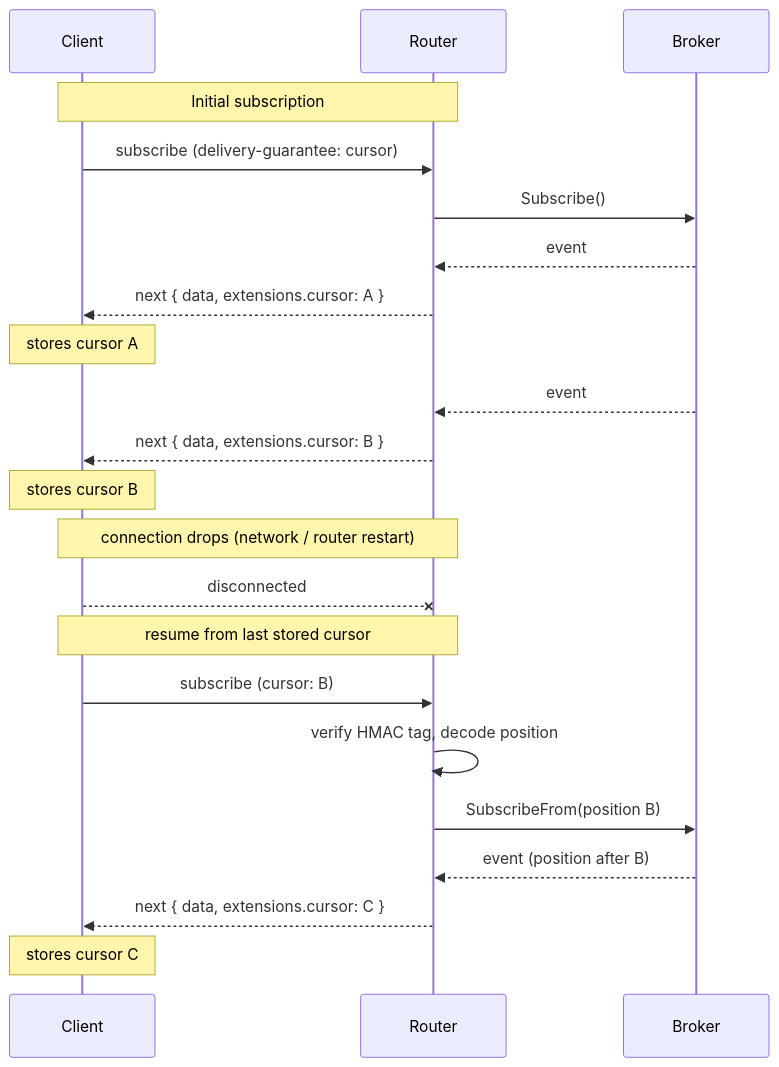
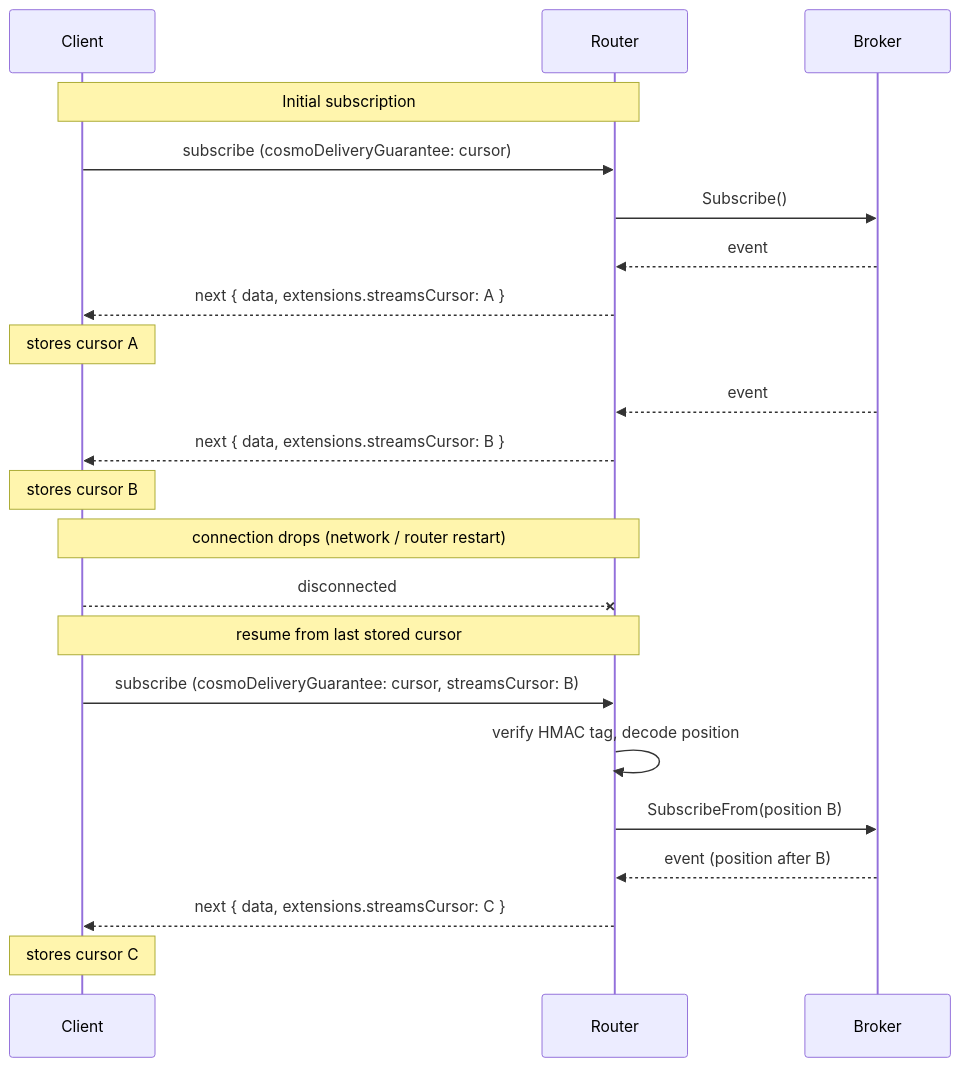
The diagram in rfc/at-least-once-v1.md (wundergraph/cosmo), drawn with Mermaid before and after one commit. The commit also changed other lines of this file and 3 other files, not shown here.

````diff
--- a/rfc/at-least-once-v1.md
+++ b/rfc/at-least-once-v1.md
@@ -46,27 +46,27 @@
 ```mermaid
 sequenceDiagram
     participant Client
     participant Router
     participant Broker
 
     Note over Client,Router: Initial subscription
-    Client->>Router: subscribe (delivery-guarantee: cursor)
+    Client->>Router: subscribe (cosmoDeliveryGuarantee: cursor)
     Router->>Broker: Subscribe()
     Broker-->>Router: event
-    Router-->>Client: next { data, extensions.cursor: A }
+    Router-->>Client: next { data, extensions.streamsCursor: A }
     Note over Client: stores cursor A
     Broker-->>Router: event
-    Router-->>Client: next { data, extensions.cursor: B }
+    Router-->>Client: next { data, extensions.streamsCursor: B }
     Note over Client: stores cursor B
 
     Note over Client,Router: connection drops (network / router restart)
     Client--xRouter: disconnected
 
     Note over Client,Router: resume from last stored cursor
-    Client->>Router: subscribe (cursor: B)
+    Client->>Router: subscribe (cosmoDeliveryGuarantee: cursor, streamsCursor: B)
     Router->>Router: verify HMAC tag, decode position
     Router->>Broker: SubscribeFrom(position B)
     Broker-->>Router: event (position after B)
-    Router-->>Client: next { data, extensions.cursor: C }
+    Router-->>Client: next { data, extensions.streamsCursor: C }
     Note over Client: stores cursor C
 ```
````
